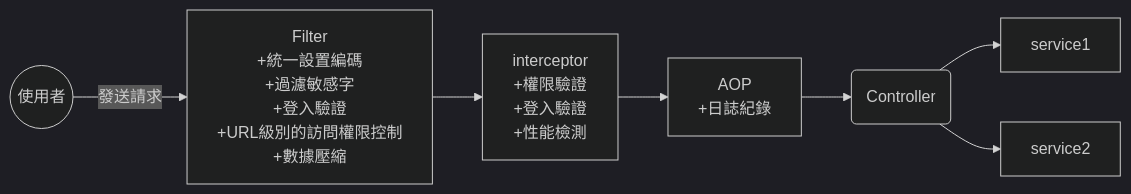
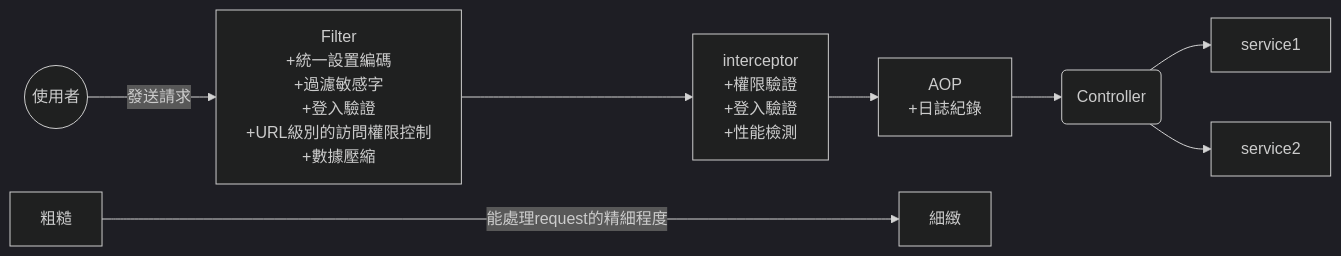
The second of 5 diagrams in README.md (Hoxton019030/AspectJ_Note), drawn with Mermaid (dark theme) before and after one commit. The commit also changed other lines of this file, not shown here.

````diff
--- a/README.md
+++ b/README.md
@@ -28,11 +28,12 @@
 ```mermaid
 flowchart LR;
 
 1((使用者))--發送請求
 -->Filter\n+統一設置編碼\n+過濾敏感字\n+登入驗證\n+URL級別的訪問權限控制\n+數據壓縮
 -->interceptor\n+權限驗證\n+登入驗證\n+性能檢測
 -->AOP\n+日誌紀錄
 -->2(Controller)
 -->service1 & service2  
 
+-1[粗糙]--能處理request的精細程度---->-2[細緻]
 ```
````
